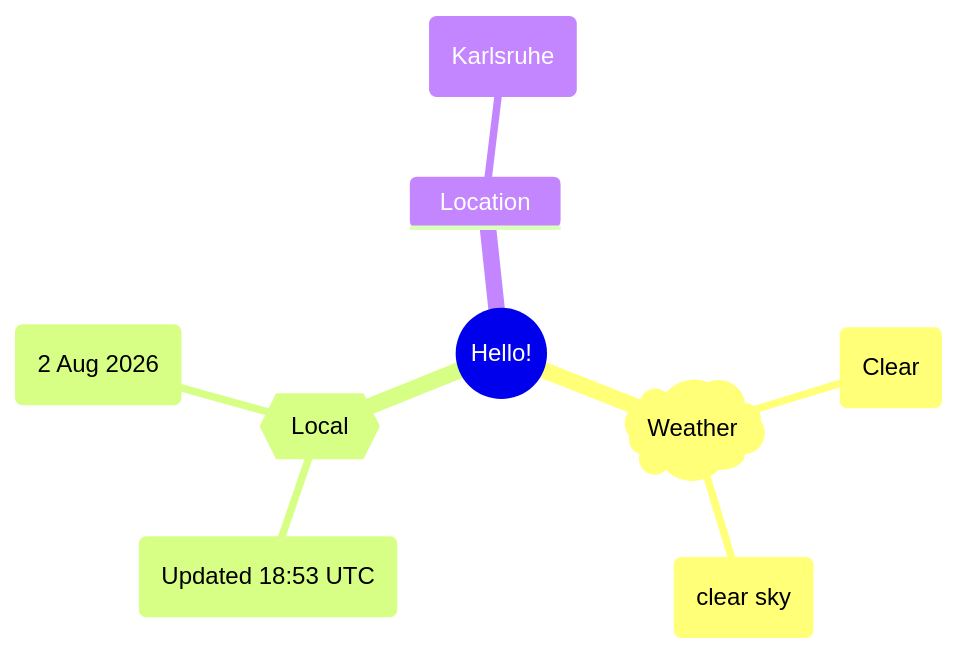
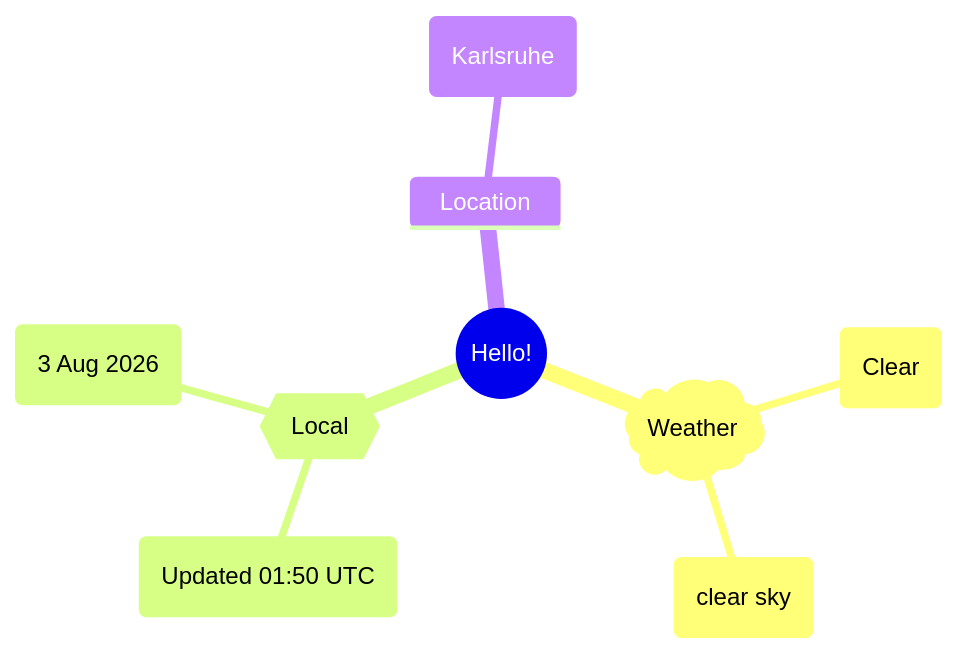
Before and after one commit to Xosrov/Xosrov: the first of 2 diagrams in README.md, drawn with Mermaid.

Commit message:
[bot] updated images

````diff
--- a/README.md
+++ b/README.md
@@ -3,12 +3,12 @@
 ```mermaid
 mindmap
   root((Hello!))
     )Weather(
         (Clear)
         (clear sky)
     {{Local}}
-        (Updated 18:53 UTC)
-        (2 Aug 2026)
+        (Updated 01:50 UTC)
+        (3 Aug 2026)
     Location
         (Karlsruhe)
 ```
````
